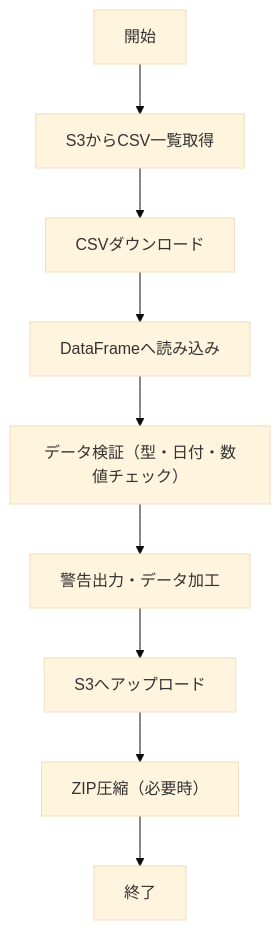
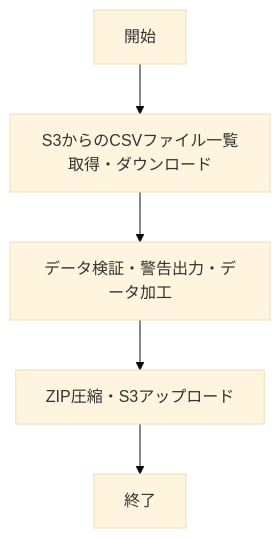
The first of 4 diagrams in BD_DD.md (tk826/OpenHands-Test), drawn with Mermaid (base theme) before and after one commit. The commit also changed other lines of this file, not shown here.

````diff
--- a/BD_DD.md
+++ b/BD_DD.md
@@ -8,11 +8,7 @@
 ```mermaid
 graph TD;
-    A[開始] --> B[S3からCSV一覧取得]
-    B --> C[CSVダウンロード]
-    C --> D[DataFrameへ読み込み]
-    D --> E[データ検証（型・日付・数値チェック）]
-    E --> F[警告出力・データ加工]
-    F --> G[S3へアップロード]
-    G --> H[ZIP圧縮（必要時）]
-    H --> I[終了]
+    A[開始] --> B[S3からのCSVファイル一覧取得・ダウンロード]
+    B --> C[データ検証・警告出力・データ加工]
+    C --> D[ZIP圧縮・S3アップロード]
+    D --> I[終了]
 ```
````
